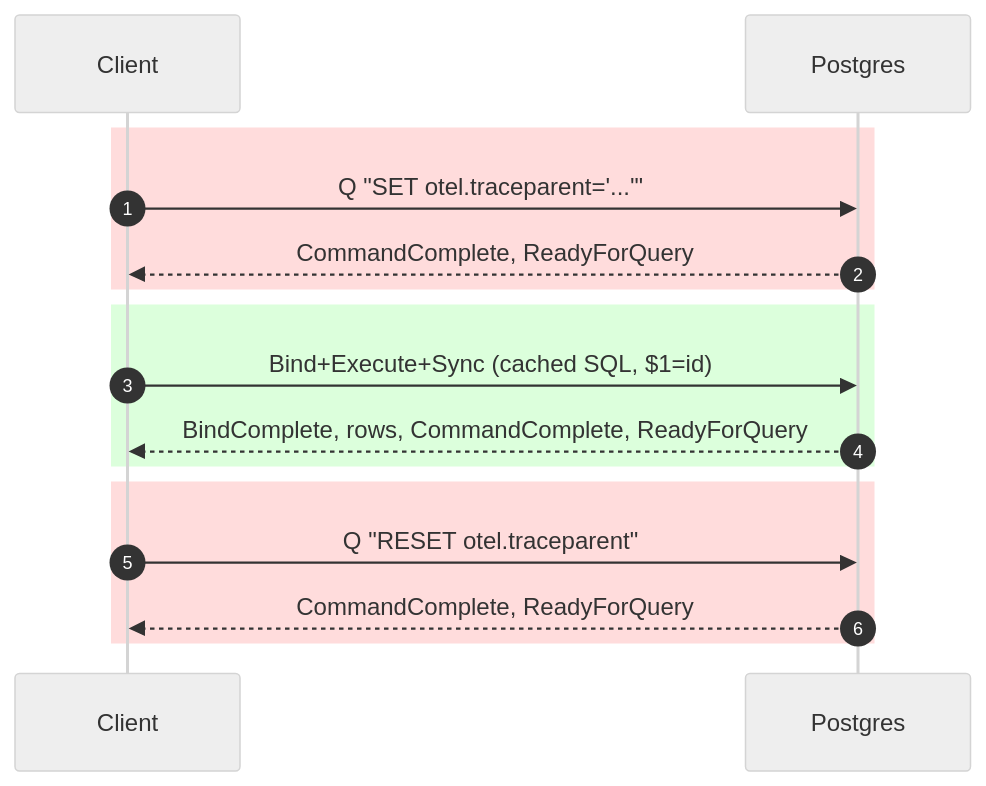
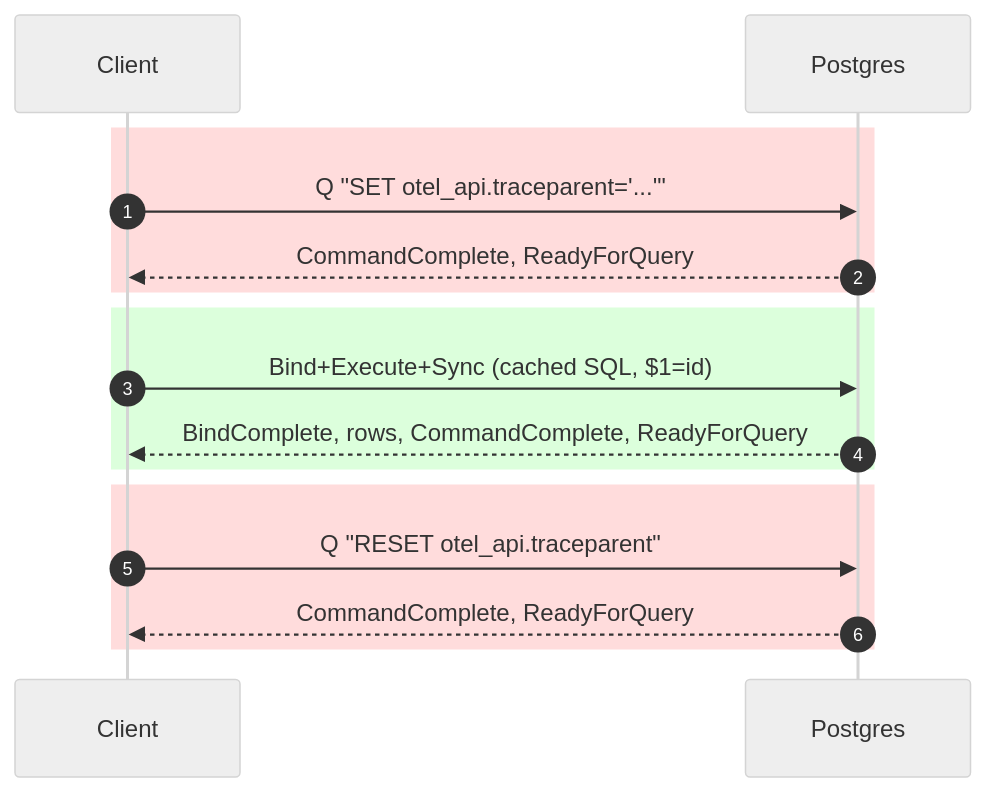
Before and after one commit to ringerc/postgres_otel_tracing_bench: the fourth of 8 diagrams in README.md, drawn with Mermaid (neutral theme). The commit also changed other lines of this file and 4 other files, not shown here.

First line of the commit message:
adapt to otel_api GUC rename: SET otel.traceparent -> SET otel_api.traceparent

````diff
--- a/README.md
+++ b/README.md
@@ -450,18 +450,18 @@
 ```mermaid
 sequenceDiagram
     autonumber
     participant C as Client
     participant S as Postgres
     rect rgb(255,220,220)
-    C->>S: Q "SET otel.traceparent='...'"
+    C->>S: Q "SET otel_api.traceparent='...'"
     S-->>C: CommandComplete, ReadyForQuery
     end
     rect rgb(220,255,220)
     C->>S: Bind+Execute+Sync (cached SQL, $1=id)
     S-->>C: BindComplete, rows, CommandComplete, ReadyForQuery
     end
     rect rgb(255,220,220)
-    C->>S: Q "RESET otel.traceparent"
+    C->>S: Q "RESET otel_api.traceparent"
     S-->>C: CommandComplete, ReadyForQuery
     end
 ```
````
